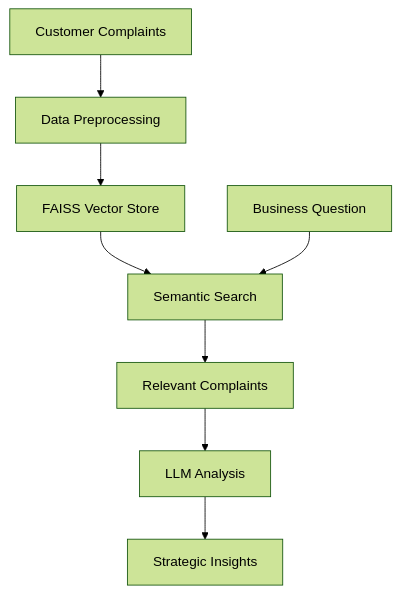
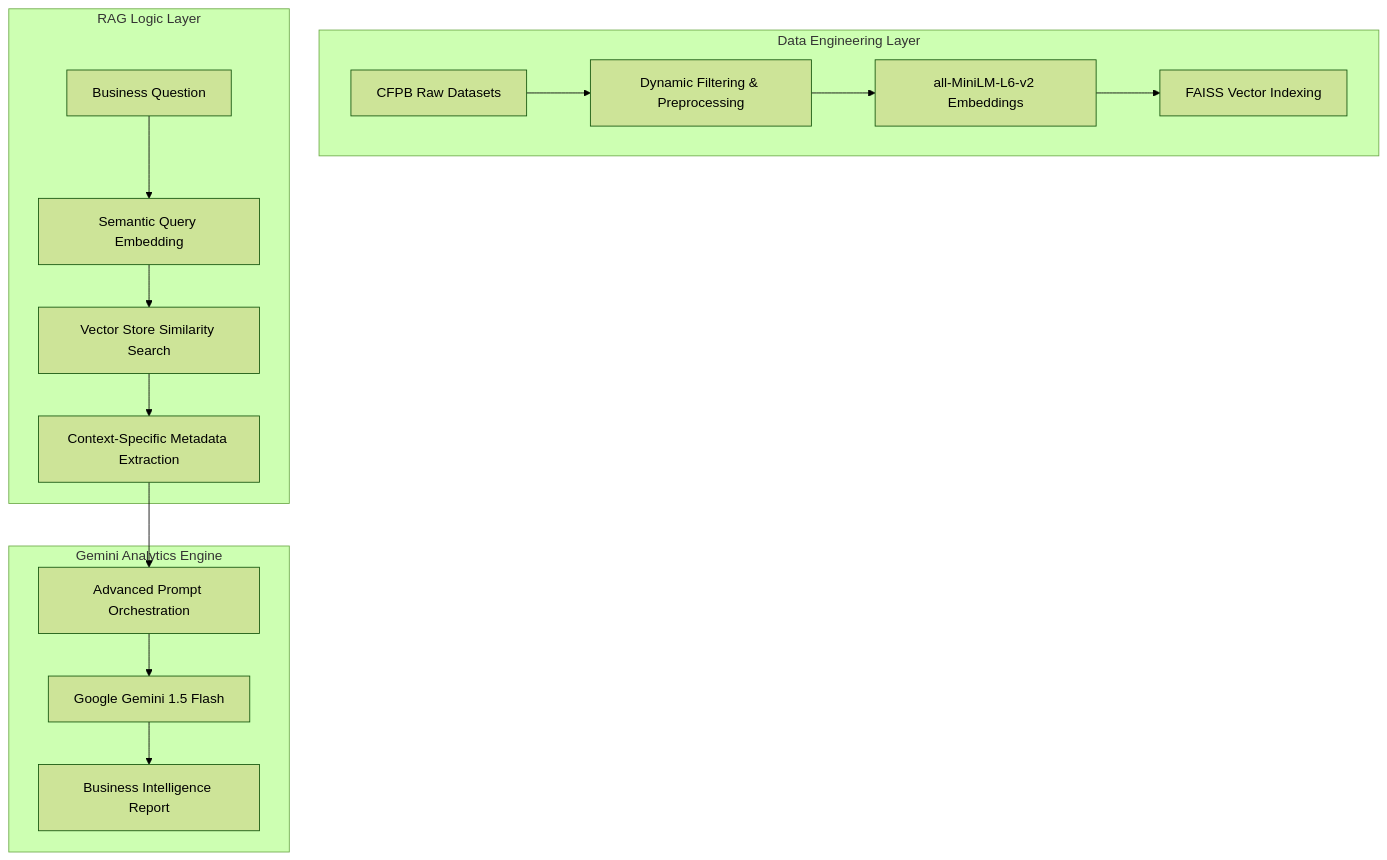
The diagram in README.md (meron-23/creditrust-complaint-rag), drawn with Mermaid (forest theme) before and after one commit. The commit also changed other lines of this file and 18 other files, not shown here.

````diff
--- a/README.md
+++ b/README.md
@@ -43,10 +29,20 @@
 ```mermaid
-graph TB
-    A[Customer Complaints] --> B[Data Preprocessing]
-    B --> C[FAISS Vector Store]
-    C --> D[Semantic Search]
-    E[Business Question] --> D
-    D --> F[Relevant Complaints]
-    F --> G[LLM Analysis]
-    G --> H[Strategic Insights]
+graph TD
+    subgraph "Data Engineering Layer"
+        A[CFPB Raw Datasets] --> B[Dynamic Filtering & Preprocessing]
+        B --> C[all-MiniLM-L6-v2 Embeddings]
+        C --> D[FAISS Vector Indexing]
+    end
+
+    subgraph "RAG Logic Layer"
+        E[Business Question] --> F[Semantic Query Embedding]
+        F --> G[Vector Store Similarity Search]
+        G --> H[Context-Specific Metadata Extraction]
+    end
+
+    subgraph "Gemini Analytics Engine"
+        H --> I[Advanced Prompt Orchestration]
+        I --> J[Google Gemini 1.5 Flash]
+        J --> K[Business Intelligence Report]
+    end
 ```
````
